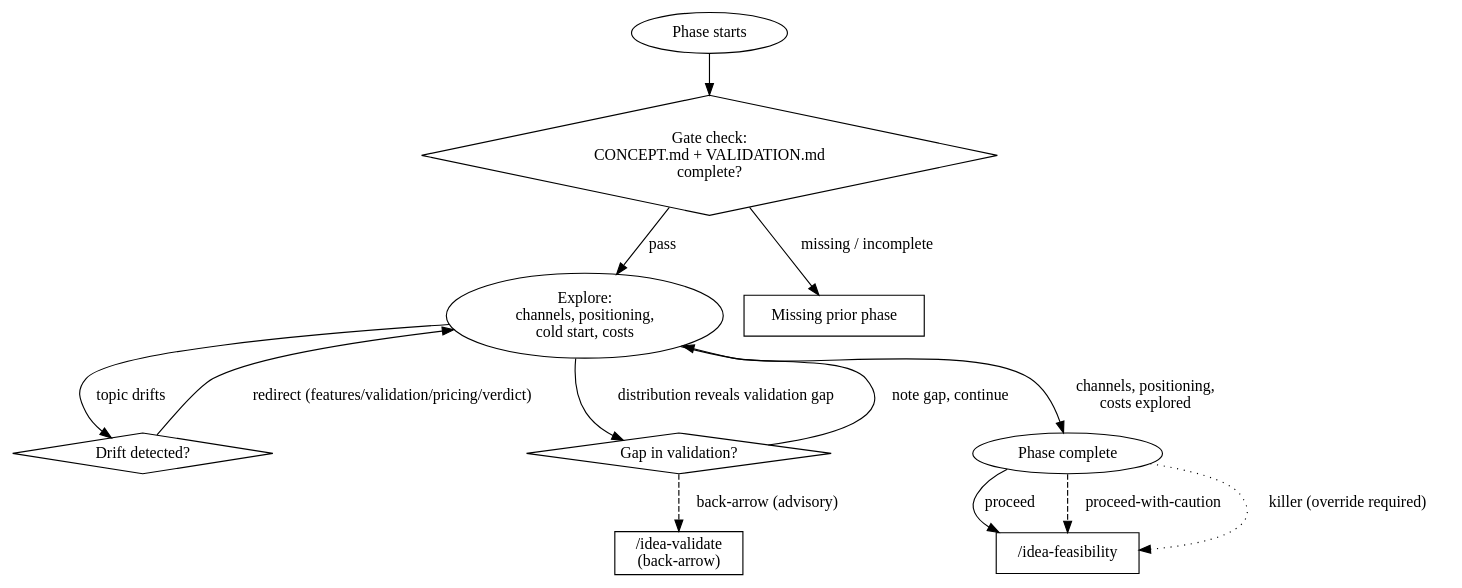
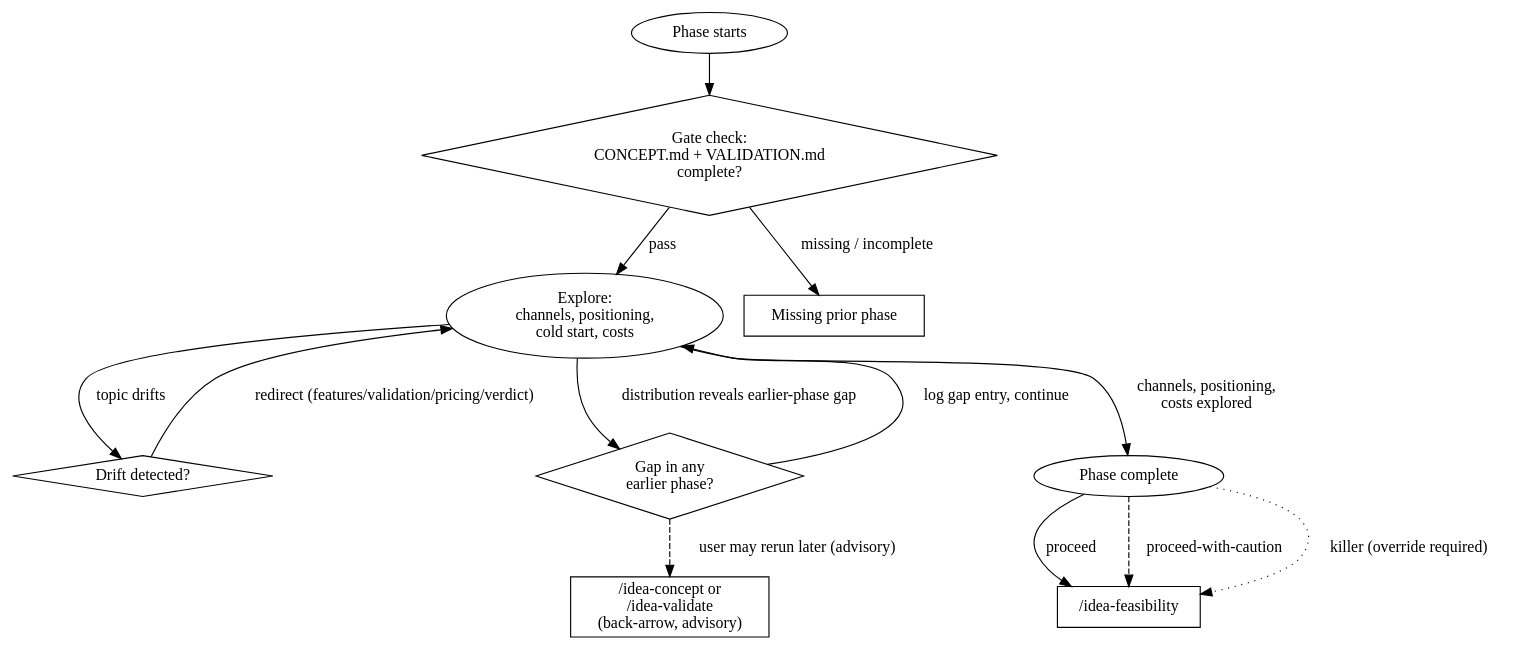
Before and after one commit to sticatz/eureka: the diagram in skills/idea-gtm/SKILL.md, drawn with Graphviz. The commit also changed other lines of this file and 9 other files, not shown here.

````diff
--- a/skills/idea-gtm/SKILL.md
+++ b/skills/idea-gtm/SKILL.md
@@ -25,26 +26,26 @@
 ```dot
 digraph gtm {
     entry [label="Phase starts" shape=ellipse];
     gate [label="Gate check:\nCONCEPT.md + VALIDATION.md\ncomplete?" shape=diamond];
     explore [label="Explore:\nchannels, positioning,\ncold start, costs"];
     drift [label="Drift detected?" shape=diamond];
-    gap [label="Gap in validation?" shape=diamond];
+    gap [label="Gap in any\nearlier phase?" shape=diamond];
     complete [label="Phase complete" shape=ellipse];
     feasibility [label="/idea-feasibility" shape=box];
-    validate [label="/idea-validate\n(back-arrow)" shape=box];
+    earlier [label="/idea-concept or\n/idea-validate\n(back-arrow, advisory)" shape=box];
     prior [label="Missing prior phase" shape=box];
 
     entry -> gate;
     gate -> explore [label="pass"];
     gate -> prior [label="missing / incomplete"];
     explore -> drift [label="topic drifts"];
     drift -> explore [label="redirect (features/validation/pricing/verdict)"];
-    explore -> gap [label="distribution reveals validation gap"];
-    gap -> explore [label="note gap, continue"];
-    gap -> validate [label="back-arrow (advisory)" style=dashed];
+    explore -> gap [label="distribution reveals earlier-phase gap"];
+    gap -> explore [label="log gap entry, continue"];
+    gap -> earlier [label="user may rerun later (advisory)" style=dashed];
     explore -> complete [label="channels, positioning,\ncosts explored"];
     complete -> feasibility [label="proceed"];
     complete -> feasibility [label="proceed-with-caution" style=dashed];
     complete -> feasibility [label="killer (override required)" style=dotted];
 }
 ```
````
